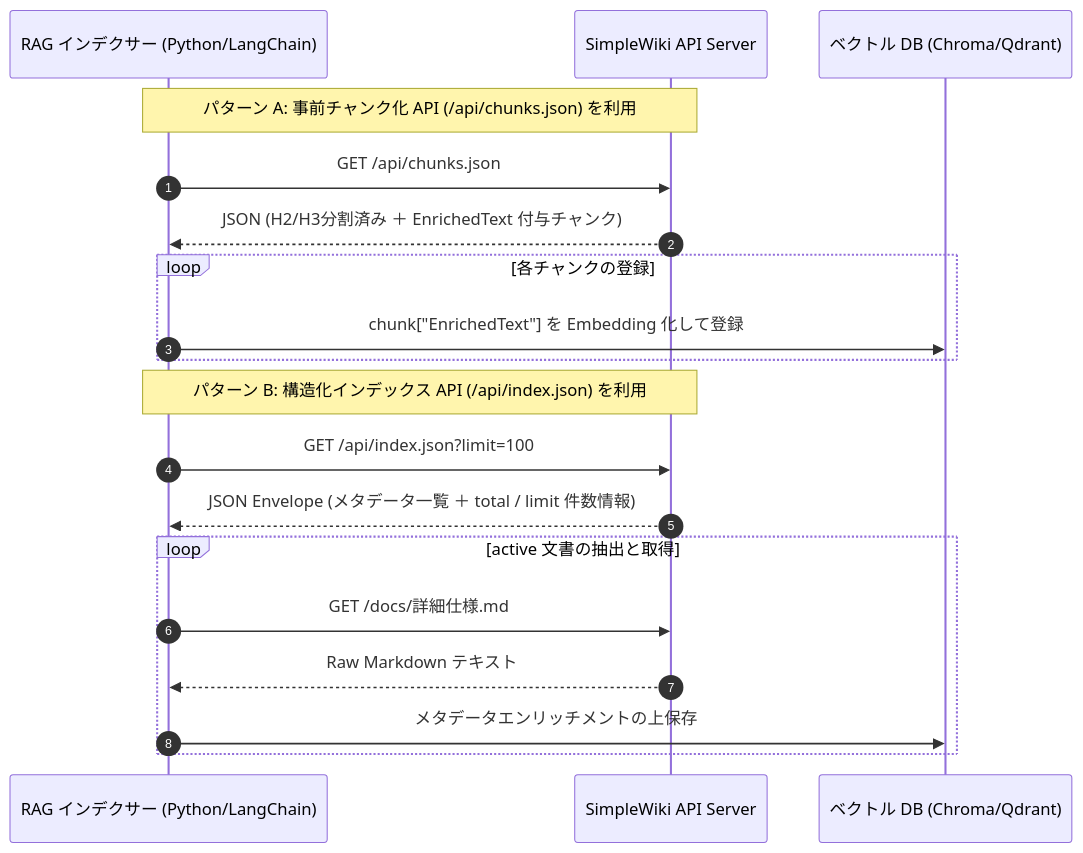
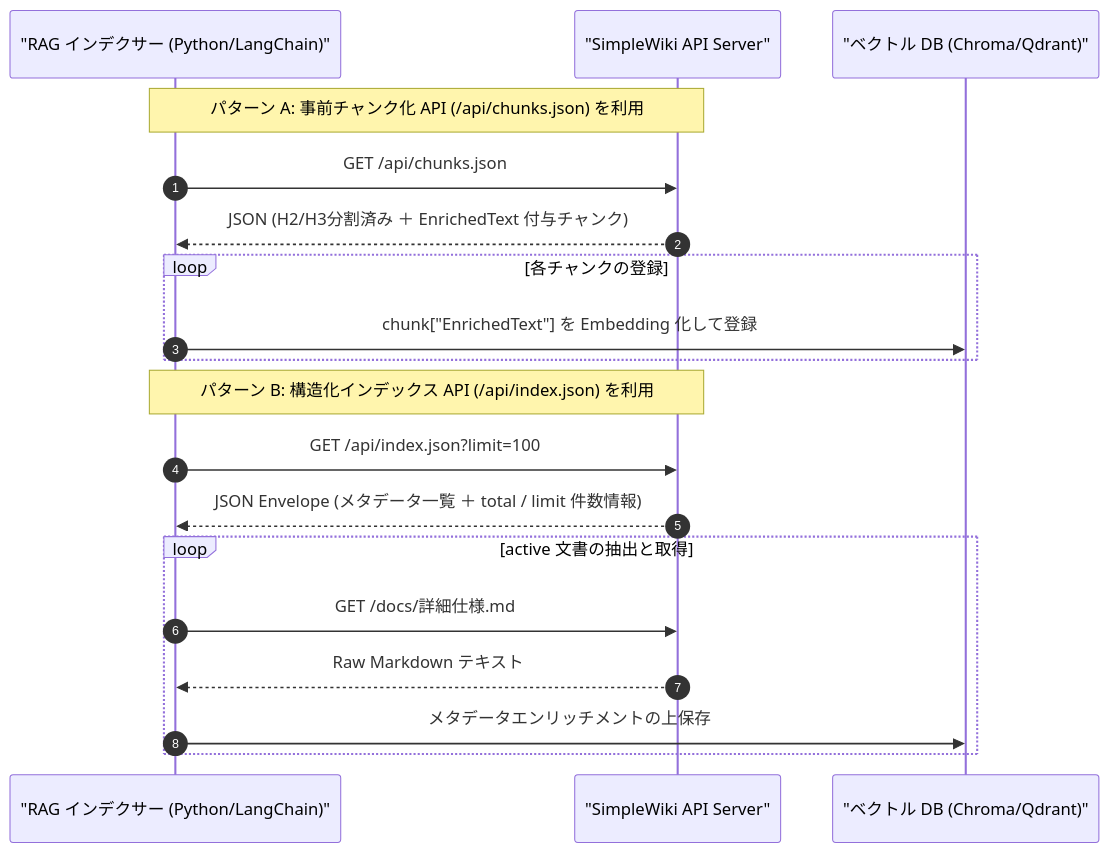
The diagram in markdown_sample/docs/api/REST-API.md (chottokun/SimpleWiki), drawn with Mermaid before and after one commit. The commit also changed 4 other files, not shown here.

Commit message:
fix(docs): quote Mermaid diagram labels for strict parser compatibility

````diff
--- a/markdown_sample/docs/api/REST-API.md
+++ b/markdown_sample/docs/api/REST-API.md
@@ -45,23 +45,23 @@
 ```mermaid
 sequenceDiagram
     autonumber
-    participant RAG as RAG インデクサー (Python/LangChain)
-    participant Wiki as SimpleWiki API Server
-    participant VectorDB as ベクトル DB (Chroma/Qdrant)
+    participant RAG as "RAG インデクサー (Python/LangChain)"
+    participant Wiki as "SimpleWiki API Server"
+    participant VectorDB as "ベクトル DB (Chroma/Qdrant)"
 
     note over RAG,Wiki: パターン A: 事前チャンク化 API (/api/chunks.json) を利用
     RAG->>Wiki: GET /api/chunks.json
     Wiki-->>RAG: JSON (H2/H3分割済み ＋ EnrichedText 付与チャンク)
     loop 各チャンクの登録
         RAG->>VectorDB: chunk["EnrichedText"] を Embedding 化して登録
     end
 
     note over RAG,Wiki: パターン B: 構造化インデックス API (/api/index.json) を利用
     RAG->>Wiki: GET /api/index.json?limit=100
     Wiki-->>RAG: JSON Envelope (メタデータ一覧 ＋ total / limit 件数情報)
     loop active 文書の抽出と取得
         RAG->>Wiki: GET /docs/詳細仕様.md
         Wiki-->>RAG: Raw Markdown テキスト
         RAG->>VectorDB: メタデータエンリッチメントの上保存
     end
 ```
````
